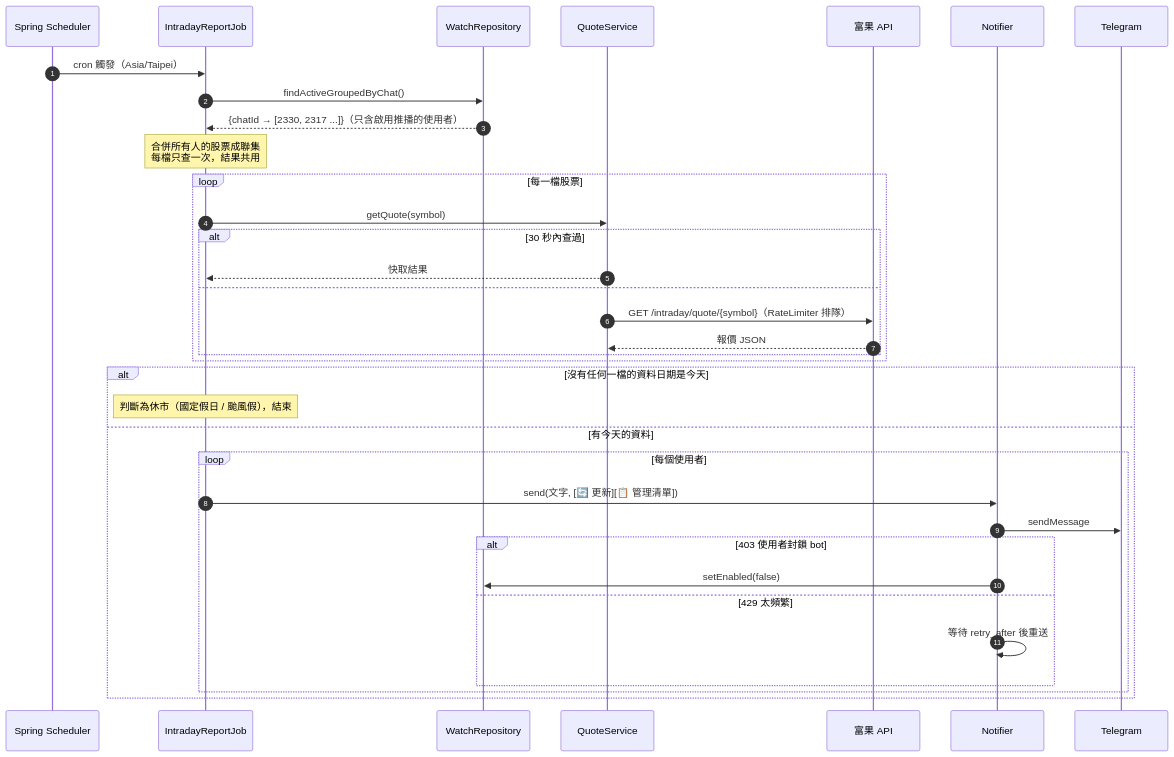
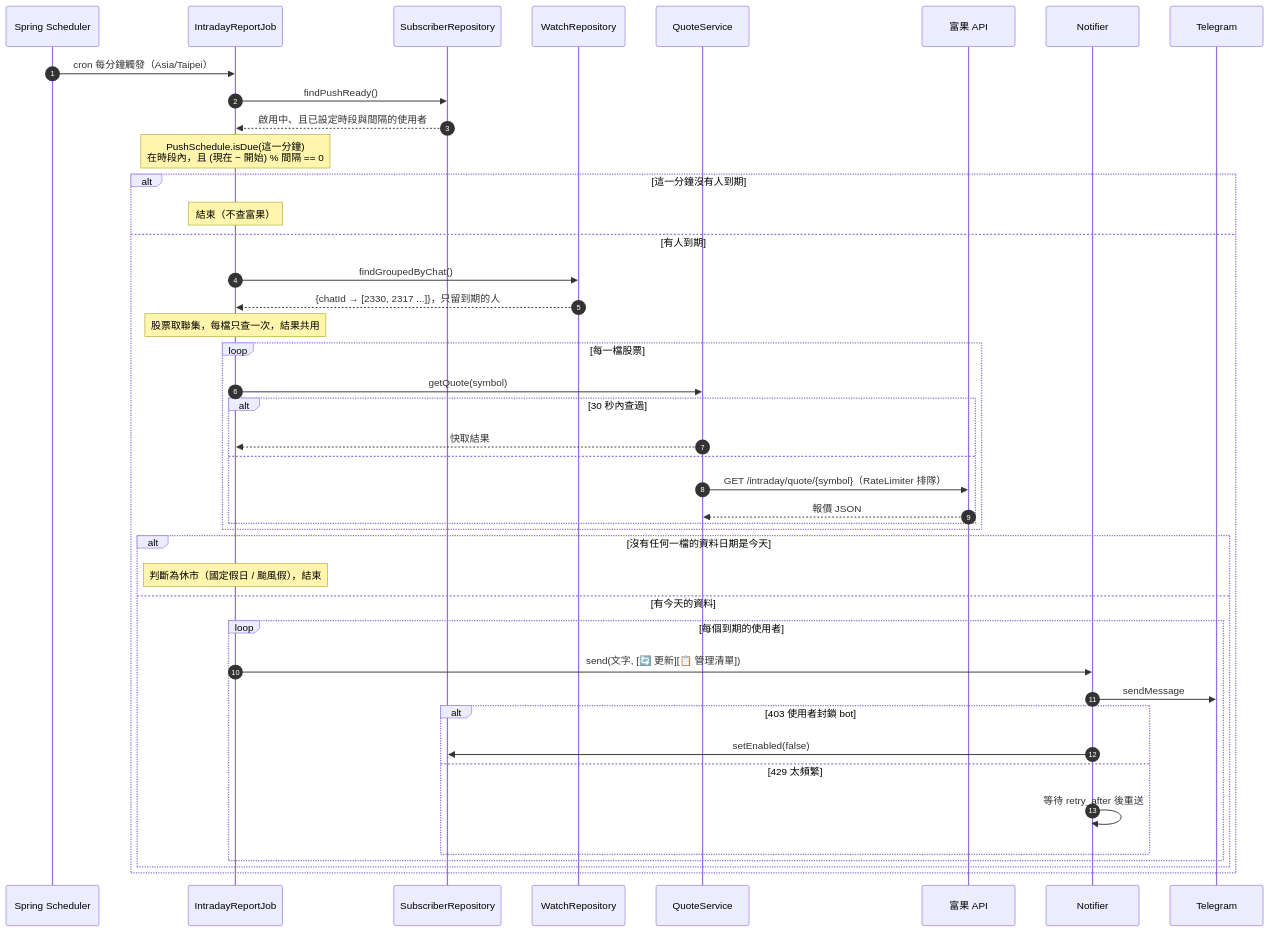
One commit to enochctcg/stock-bot-2 changed the second of 5 diagrams in docs/architecture.md. Above: the diagram before and after it, drawn with Mermaid. The commit also changed other lines of this file and 19 other files, not shown here.

````diff
--- a/docs/architecture.md
+++ b/docs/architecture.md
@@ -62,38 +66,46 @@
 ```mermaid
 sequenceDiagram
     autonumber
     participant S as Spring Scheduler
     participant J as IntradayReportJob
-    participant R as WatchRepository
+    participant SR as SubscriberRepository
+    participant WR as WatchRepository
     participant Q as QuoteService
     participant F as 富果 API
     participant N as Notifier
     participant T as Telegram
 
-    S->>J: cron 觸發（Asia/Taipei）
-    J->>R: findActiveGroupedByChat()
-    R-->>J: {chatId → [2330, 2317 ...]}（只含啟用推播的使用者）
-    Note over J: 合併所有人的股票成聯集<br/>每檔只查一次，結果共用
-    loop 每一檔股票
-        J->>Q: getQuote(symbol)
-        alt 30 秒內查過
-            Q-->>J: 快取結果
-        else
-            Q->>F: GET /intraday/quote/{symbol}（RateLimiter 排隊）
-            F-->>Q: 報價 JSON
+    S->>J: cron 每分鐘觸發（Asia/Taipei）
+    J->>SR: findPushReady()
+    SR-->>J: 啟用中、且已設定時段與間隔的使用者
+    Note over J: PushSchedule.isDue(這一分鐘)<br/>在時段內，且 (現在 − 開始) % 間隔 == 0
+    alt 這一分鐘沒有人到期
+        Note over J: 結束（不查富果）
+    else 有人到期
+        J->>WR: findGroupedByChat()
+        WR-->>J: {chatId → [2330, 2317 ...]}，只留到期的人
+        Note over J: 股票取聯集，每檔只查一次，結果共用
+        loop 每一檔股票
+            J->>Q: getQuote(symbol)
+            alt 30 秒內查過
+                Q-->>J: 快取結果
+            else
+                Q->>F: GET /intraday/quote/{symbol}（RateLimiter 排隊）
+                F-->>Q: 報價 JSON
+            end
         end
-    end
-    alt 沒有任何一檔的資料日期是今天
-        Note over J: 判斷為休市（國定假日 / 颱風假），結束
-    else 有今天的資料
-        loop 每個使用者
-            J->>N: send(文字, [🔄 更新][📋 管理清單])
-            N->>T: sendMessage
-            alt 403 使用者封鎖 bot
-                N->>R: setEnabled(false)
-            else 429 太頻繁
-                N->>N: 等待 retry_after 後重送
+        alt 沒有任何一檔的資料日期是今天
+            Note over J: 判斷為休市（國定假日 / 颱風假），結束
+        else 有今天的資料
+            loop 每個到期的使用者
+                J->>N: send(文字, [🔄 更新][📋 管理清單])
+                N->>T: sendMessage
+                alt 403 使用者封鎖 bot
+                    N->>SR: setEnabled(false)
+                else 429 太頻繁
+                    N->>N: 等待 retry_after 後重送
+                end
             end
         end
     end
 ```
````
